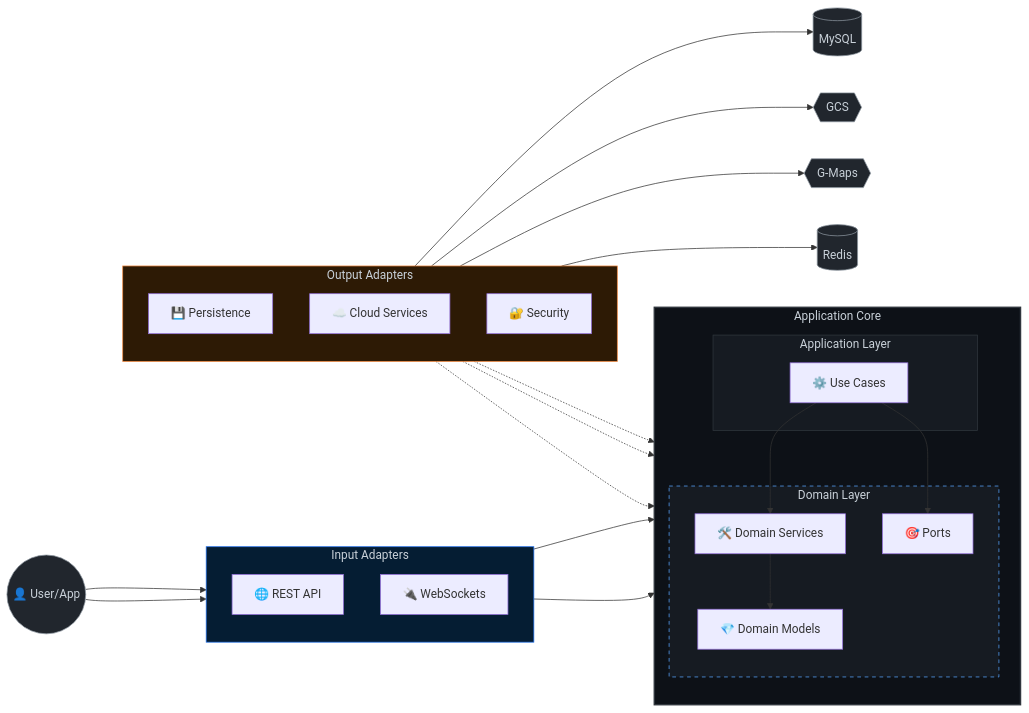
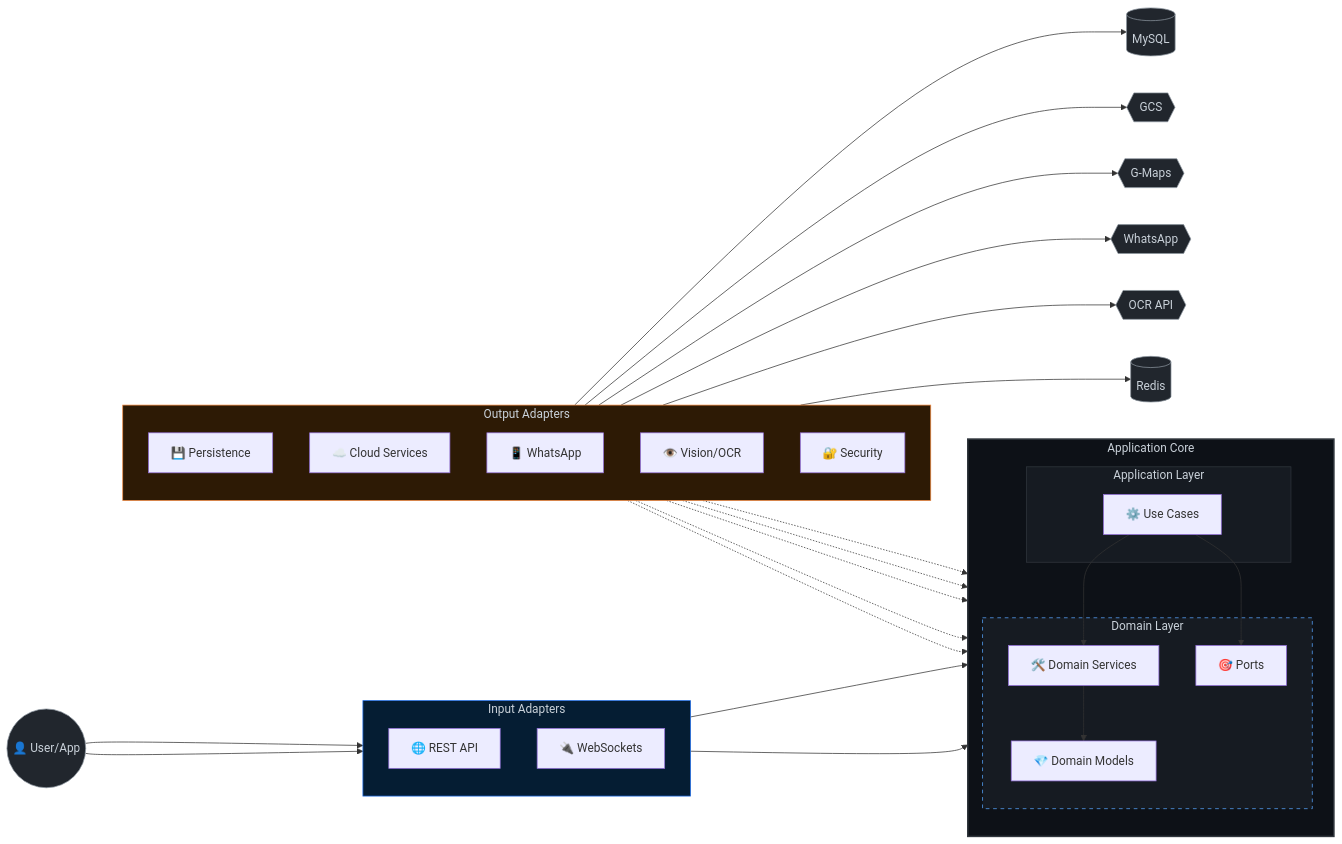
One commit to fttmatteo/messenger-backend changed the first of 3 diagrams in README.md. Above: the diagram before and after it, drawn with Mermaid. The commit also changed other lines of this file and 9 other files, not shown here.

Commit message:
feat: Implement WhatsApp Cloud API integration with webhook, bot service, and configuration, alongside minor Spring Boot version updates and documentation enhancements.

````diff
--- a/README.md
+++ b/README.md
@@ -47,63 +47,71 @@
 ```mermaid
 graph LR
     %% External Actors
     USER((👤 User/App))
     MAPS{{G-Maps}}
     GCS{{GCS}}
+    WAPP{{WhatsApp}}
+    OCR_EXT{{OCR API}}
     DB[(MySQL)]
     REDIS[(Redis)]
 
     subgraph IN [Input Adapters]
         direction TB
         REST[🌐 REST API]
         SOC[🔌 WebSockets]
     end
 
     subgraph CORE [Application Core]
         direction TB
         subgraph APP [Application Layer]
             UC[⚙️ Use Cases]
         end
         subgraph DOMAIN [Domain Layer]
             SVC[🛠️ Domain Services]
             PORTS[🎯 Ports]
             MODEL[💎 Domain Models]
         end
     end
 
     subgraph OUT [Output Adapters]
         direction TB
         PERS[💾 Persistence]
         CLD[☁️ Cloud Services]
+        WABA[📱 WhatsApp]
+        VIS[👁️ Vision/OCR]
         SEC[🔐 Security]
     end
 
     %% Inbound Flow
     USER --> REST & SOC
     REST & SOC --> UC
 
     %% Application Logic
     UC --> SVC
     UC --> PORTS
     SVC --> MODEL
 
     %% Outbound Flow (Dependency Inversion)
     PERS -.-> PORTS
     CLD -.-> PORTS
+    WABA -.-> PORTS
+    VIS -.-> PORTS
     SEC -.-> PORTS
 
     %% Infrastructure Connections
     PERS --> DB
     CLD --> GCS & MAPS
+    WABA --> WAPP
+    VIS --> OCR_EXT
     SEC --> REDIS
 
     %% Styling
     style CORE fill:#0d1117,stroke:#30363d,stroke-width:2px,color:#c9d1d9
     style DOMAIN fill:#161b22,stroke:#58a6ff,stroke-dasharray: 5 5,color:#c9d1d9
     style APP fill:#161b22,stroke:#30363d,color:#c9d1d9
     style IN fill:#051d33,stroke:#1f6feb,color:#c9d1d9
     style OUT fill:#2d1a05,stroke:#f0883e,color:#c9d1d9
     
     classDef actor fill:#21262d,stroke:#8b949e,color:#c9d1d9
-    class USER,MAPS,GCS,DB,REDIS actor
+    class USER,MAPS,GCS,WAPP,OCR_EXT,DB,REDIS actor
 ```
````
